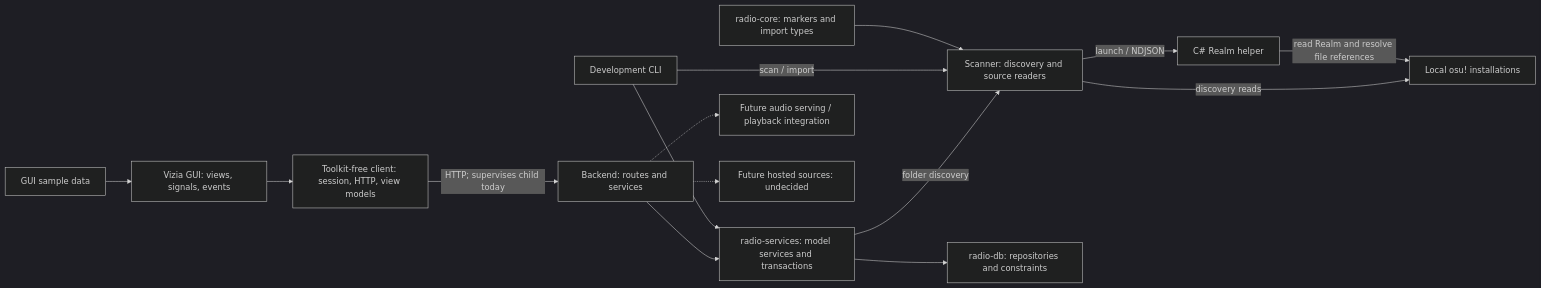
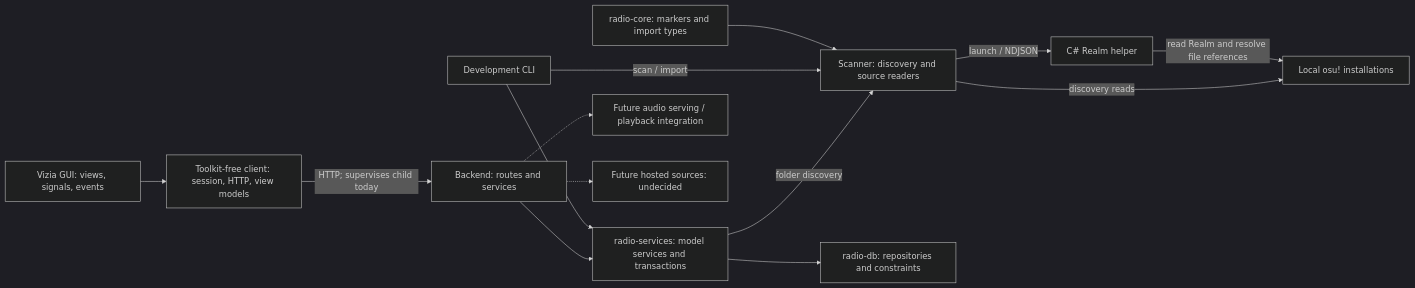
The diagram in docs/agent/index.md (Jayko321/osu-radio), drawn with Mermaid (dark theme) before and after one commit. The commit also changed other lines of this file and 66 other files, not shown here.

````diff
--- a/docs/agent/index.md
+++ b/docs/agent/index.md
@@ -45,17 +45,16 @@
 ```mermaid
 flowchart LR
     GUI["Vizia GUI: views, signals, events"] --> Client["Toolkit-free client: session, HTTP, view models"]
-    Sample["GUI sample data"] --> GUI
     Client -->|"HTTP; supervises child today"| Server["Backend: routes and services"]
     Server --> Services["radio-services: model services and transactions"]
     Services -->|"folder discovery"| Scanner["Scanner: discovery and source readers"]
     Services --> DB["radio-db: repositories and constraints"]
     CLI --> Services
     CLI["Development CLI"] -->|"scan / import"| Scanner
     Scanner -->|"discovery reads"| Local["Local osu! installations"]
     Scanner -->|"launch / NDJSON"| Helper["C# Realm helper"]
     Helper -->|"read Realm and resolve file references"| Local
     Core["radio-core: markers and import types"] --> Scanner
     Server -.-> Audio["Future audio serving / playback integration"]
     Server -.-> Hosted["Future hosted sources: undecided"]
 ```
````
